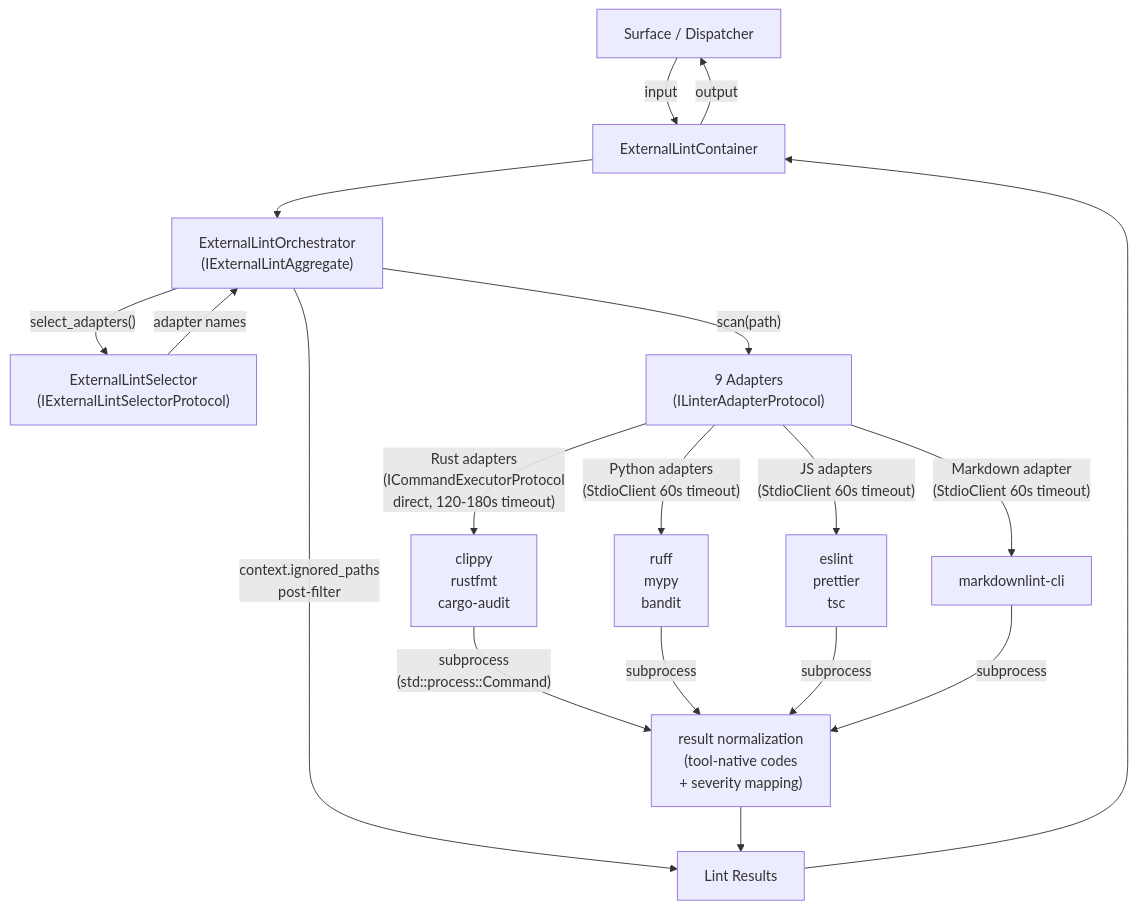
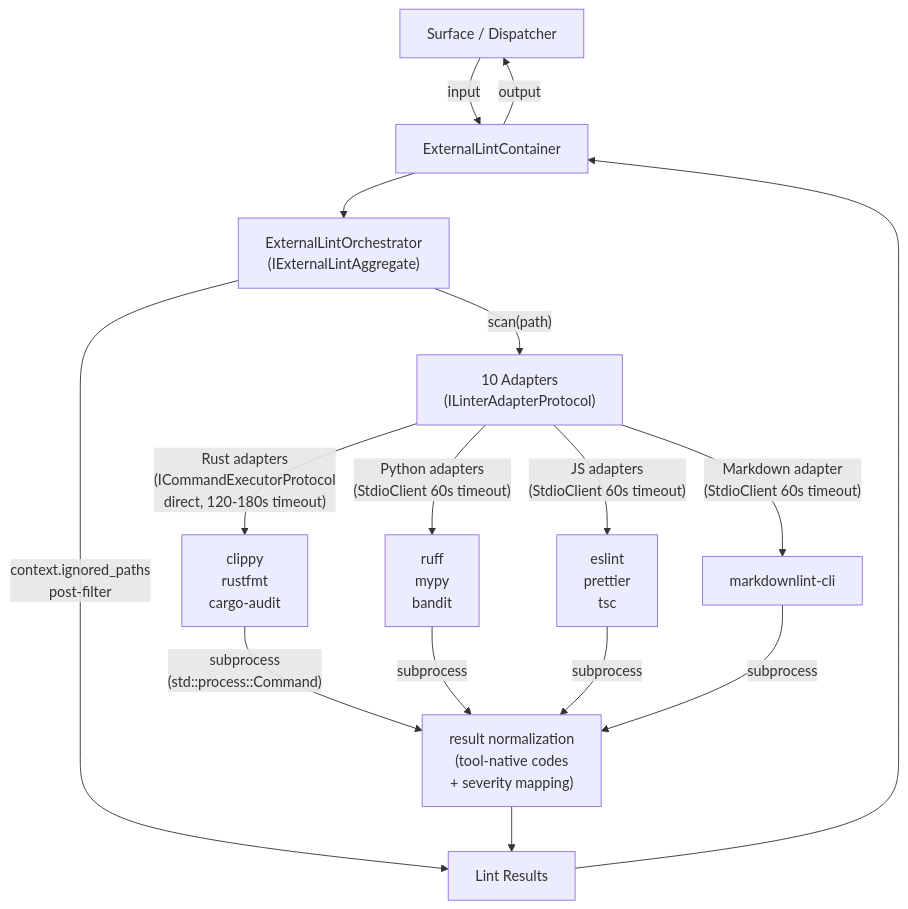
One commit to rakaarwaky/lint-arwaky changed the diagram in crates/external-lint/FRD.md. Above: the diagram before and after it, drawn with Mermaid. The commit also changed other lines of this file and 34 other files, not shown here.

Commit message:
refactor(external-lint): consolidate to 3 protocols and move utilities to shared

````diff
--- a/crates/external-lint/FRD.md
+++ b/crates/external-lint/FRD.md
@@ -21,25 +23,22 @@
 ```mermaid
 flowchart TD
     A["Surface / Dispatcher"] -->|input| B["ExternalLintContainer"]
     B --> C["ExternalLintOrchestrator\n(IExternalLintAggregate)"]
 
-    C -->|"select_adapters()"| D["ExternalLintSelector\n(IExternalLintSelectorProtocol)"]
-    D -->|"adapter names"| C
+    C -->|"scan(path)"| D["10 Adapters\n(ILinterAdapterProtocol)"]
+    C -->|"context.ignored_paths\npost-filter"| E["Lint Results"]
 
-    C -->|"scan(path)"| E["9 Adapters\n(ILinterAdapterProtocol)"]
-    C -->|"context.ignored_paths\npost-filter"| F["Lint Results"]
-
-    E -->|"Rust adapters\n(ICommandExecutorProtocol\ndirect, 120-180s timeout)"| R["clippy\nrustfmt\ncargo-audit"]
-    E -->|"Python adapters\n(StdioClient 60s timeout)"| P["ruff\nmypy\nbandit"]
-    E -->|"JS adapters\n(StdioClient 60s timeout)"| J["eslint\nprettier\ntsc"]
-    E -->|"Markdown adapter\n(StdioClient 60s timeout)"| M["markdownlint-cli"]
+    D -->|"Rust adapters\n(ICommandExecutorProtocol\ndirect, 120-180s timeout)"| R["clippy\nrustfmt\ncargo-audit"]
+    D -->|"Python adapters\n(StdioClient 60s timeout)"| P["ruff\nmypy\nbandit"]
+    D -->|"JS adapters\n(StdioClient 60s timeout)"| J["eslint\nprettier\ntsc"]
+    D -->|"Markdown adapter\n(StdioClient 60s timeout)"| M["markdownlint-cli"]
 
     R -->|"subprocess\n(std::process::Command)"| G["result normalization\n(tool-native codes\n+ severity mapping)"]
     P -->|"subprocess"| G
     J -->|"subprocess"| G
     M -->|"subprocess"| G
 
-    G --> F
-    F --> B
+    G --> E
+    E --> B
     B -->|output| A
 ```
````
